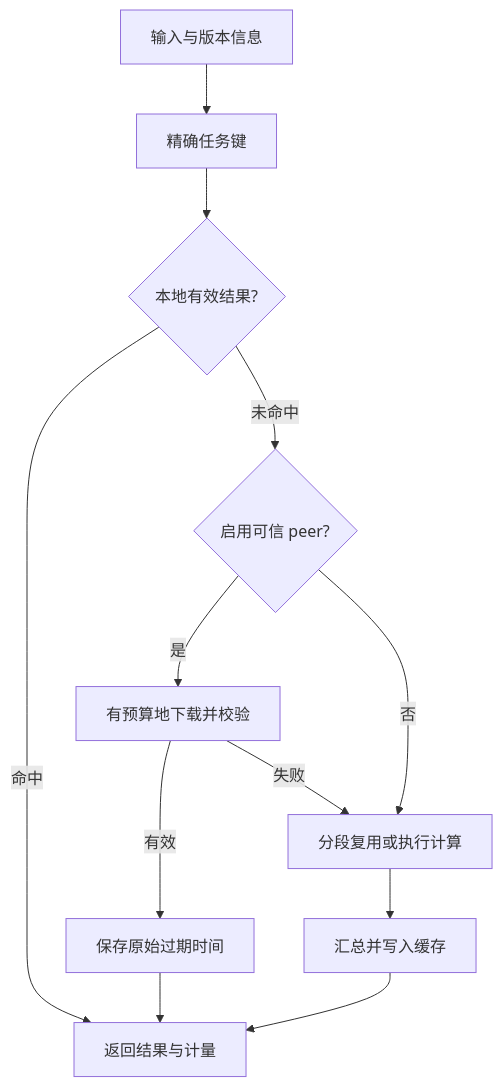
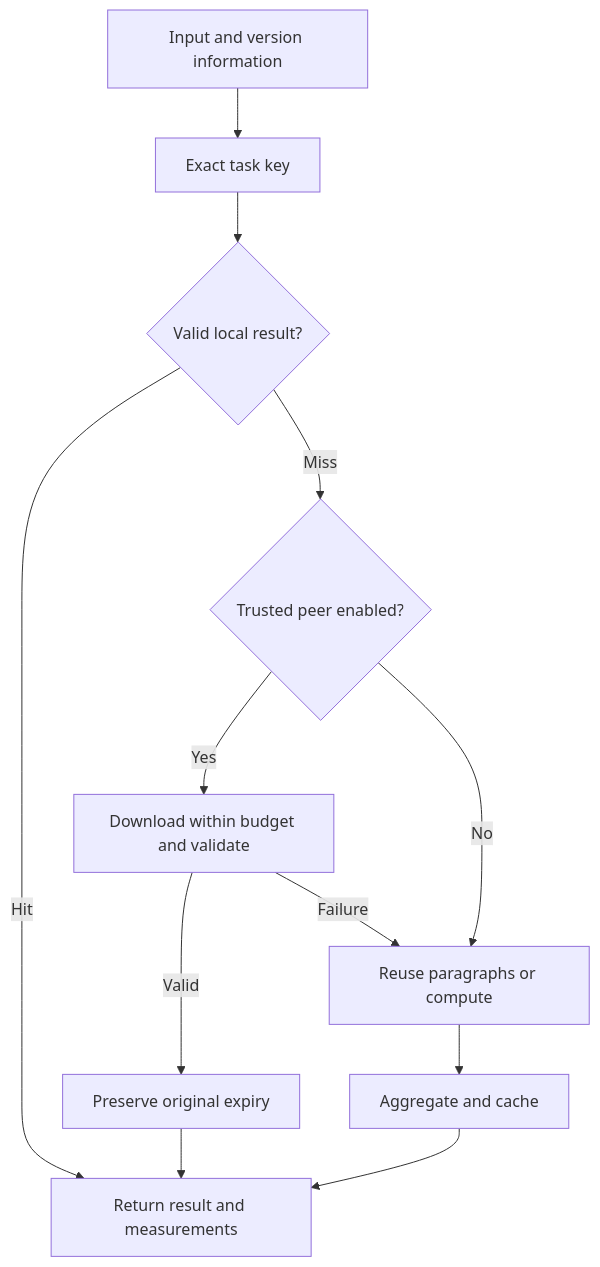
One commit to superwesleyhys-ux/data-token changed the diagram in README.md. Above: the diagram before and after it, drawn with Mermaid. The commit also changed other lines of this file and 15 other files, not shown here.

````diff
--- a/README.md
+++ b/README.md
@@ -57,14 +59,14 @@
 ```mermaid
 flowchart TD
-    I[输入与版本信息] --> K[精确任务键]
-    K --> L{本地有效结果?}
-    L -->|命中| R[返回结果与计量]
-    L -->|未命中| P{启用可信 peer?}
-    P -->|是| D[有预算地下载并校验]
-    D -->|有效| S[保存原始过期时间]
+    I[Input and version information] --> K[Exact task key]
+    K --> L{Valid local result?}
+    L -->|Hit| R[Return result and measurements]
+    L -->|Miss| P{Trusted peer enabled?}
+    P -->|Yes| D[Download within budget and validate]
+    D -->|Valid| S[Preserve original expiry]
     S --> R
-    P -->|否| C[分段复用或执行计算]
-    D -->|失败| C
-    C --> A[汇总并写入缓存]
+    P -->|No| C[Reuse paragraphs or compute]
+    D -->|Failure| C
+    C --> A[Aggregate and cache]
     A --> R
 ```
````
